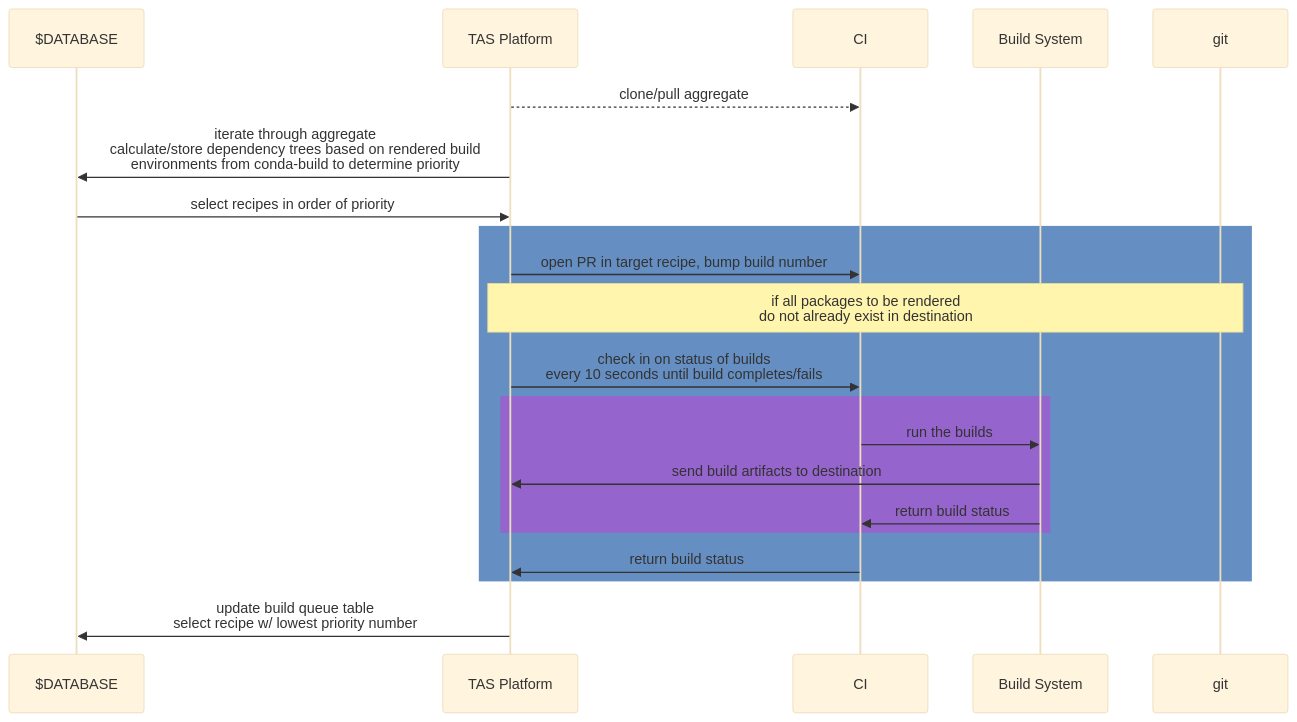
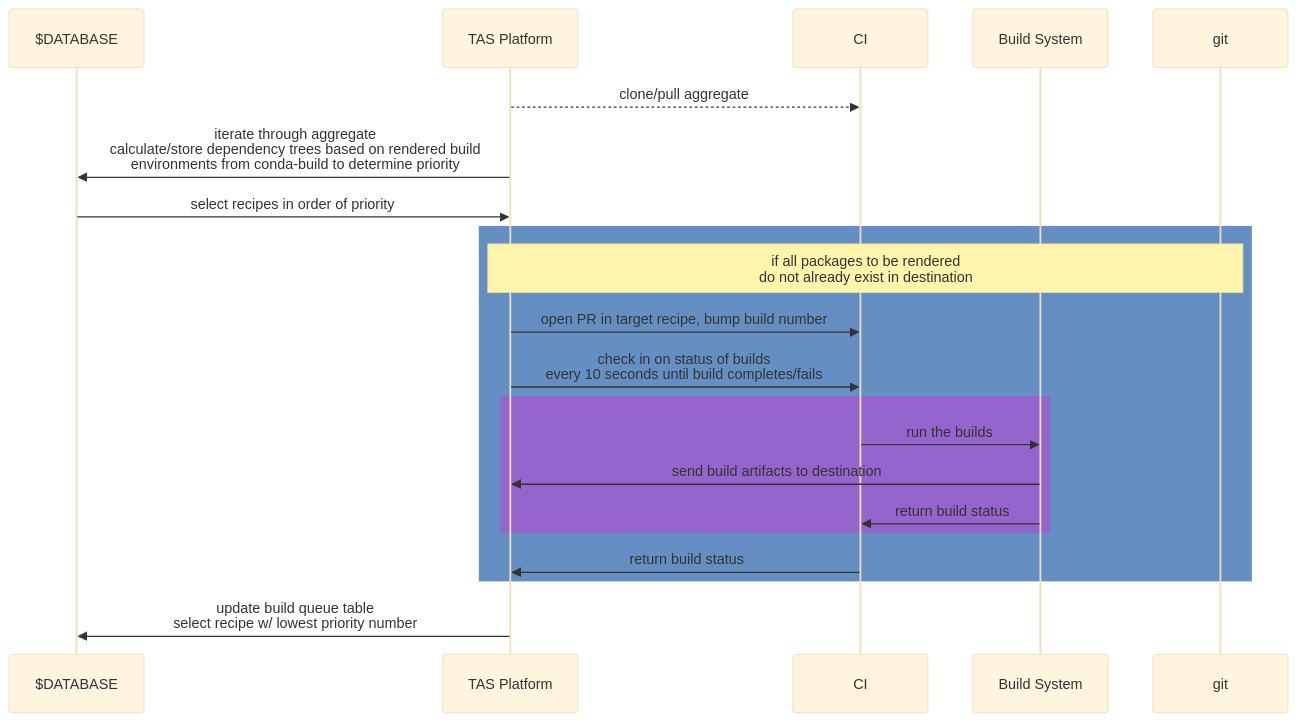
Before and after one commit to mxava/tas-platform: the diagram in docs/architecture.md, drawn with Mermaid (base theme). The commit also changed other lines of this file, not shown here.

````diff
--- a/docs/architecture.md
+++ b/docs/architecture.md
@@ -3,22 +3,22 @@
 ```mermaid
 sequenceDiagram
     participant $DATABASE
     participant TAS Platform
     participant CI
     participant Build System
     TAS Platform-->>CI: clone/pull aggregate
     TAS Platform->>$DATABASE: iterate through aggregate<br/>calculate/store dependency trees based on rendered build<br/>environments from conda-build to determine priority
     $DATABASE->>TAS Platform: select recipes in order of priority
     rect rgb(101, 143, 195)
+    Note over TAS Platform,git: if all packages to be rendered<br/>do not already exist in destination
     TAS Platform->>CI: open PR in target recipe, bump build number
-    Note over TAS Platform,git: if all packages to be rendered<br/>do not already exist in destination
     TAS Platform->>CI: check in on status of builds<br/>every 10 seconds until build completes/fails
     rect rgb(150, 100, 205)
     CI->>Build System: run the builds
     Build System->>TAS Platform: send build artifacts to destination
     Build System->>CI: return build status
     end
     CI->>TAS Platform: return build status
     end
     TAS Platform->>$DATABASE: update build queue table<br/>select recipe w/ lowest priority number    
 ```
````
